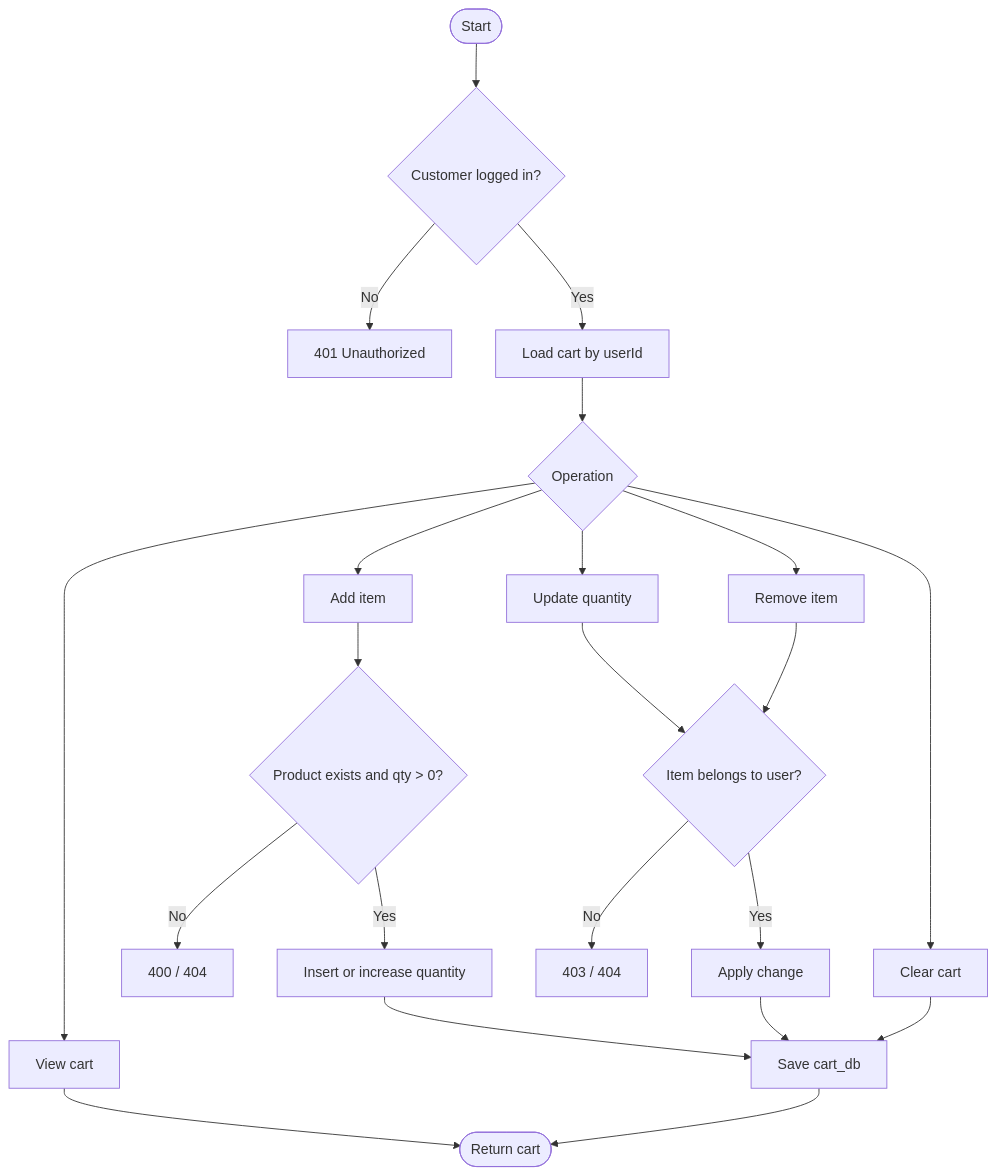
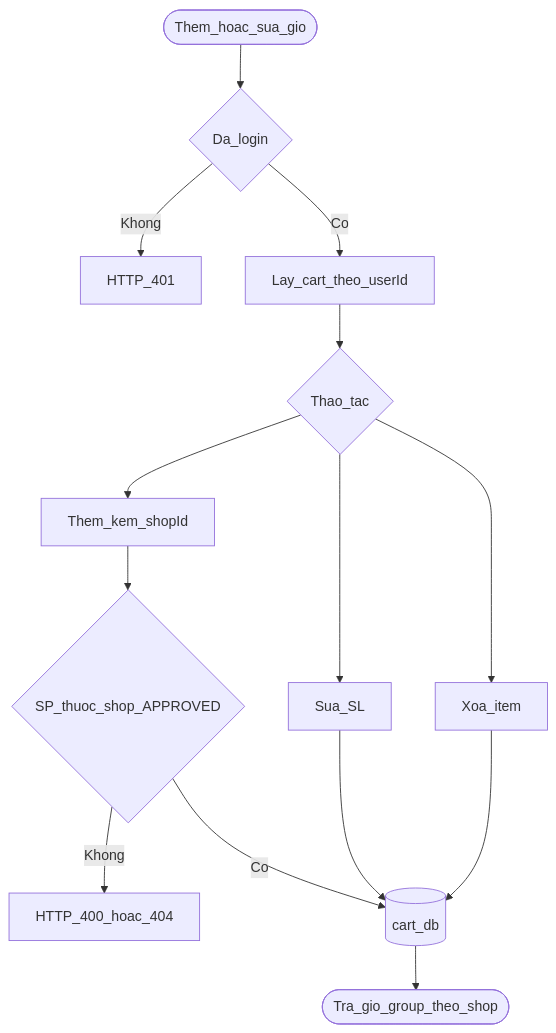
One commit to trinhvanhai1994/GTVT_ecommerce changed the fourth of 5 diagrams in docs/05-bpmn.md. Above: the diagram before and after it, drawn with Mermaid. The commit also changed other lines of this file and 35 other files, not shown here.

````diff
--- a/docs/05-bpmn.md
+++ b/docs/05-bpmn.md
@@ -66,24 +78,16 @@
 ```mermaid
 flowchart TD
-  Start([Start]) --> Login{Customer logged in?}
-  Login -->|No| Auth[401 Unauthorized]
-  Login -->|Yes| Load[Load cart by userId]
-  Load --> Op{Operation}
-  Op --> Add[Add item]
-  Op --> Upd[Update quantity]
-  Op --> Rem[Remove item]
-  Op --> Clr[Clear cart]
-  Op --> View[View cart]
-  Add --> Valid{Product exists and qty > 0?}
-  Valid -->|No| Err[400 / 404]
-  Valid -->|Yes| Merge[Insert or increase quantity]
-  Upd --> Own{Item belongs to user?}
-  Rem --> Own
-  Own -->|No| Forbid[403 / 404]
-  Own -->|Yes| Apply[Apply change]
-  Merge --> Save[Save cart_db]
-  Apply --> Save
-  Clr --> Save
-  View --> Done([Return cart])
-  Save --> Done
+  startCart([Them_hoac_sua_gio]) --> loggedIn{Da_login}
+  loggedIn -->|Khong| unauth[HTTP_401]
+  loggedIn -->|Co| loadCart[Lay_cart_theo_userId]
+  loadCart --> action{Thao_tac}
+  action --> addItem[Them_kem_shopId]
+  action --> updQty[Sua_SL]
+  action --> delItem[Xoa_item]
+  addItem --> prodOk{SP_thuoc_shop_APPROVED}
+  prodOk -->|Khong| badReq[HTTP_400_hoac_404]
+  prodOk -->|Co| save[(cart_db)]
+  updQty --> save
+  delItem --> save
+  save --> resp([Tra_gio_group_theo_shop])
 ```
````
